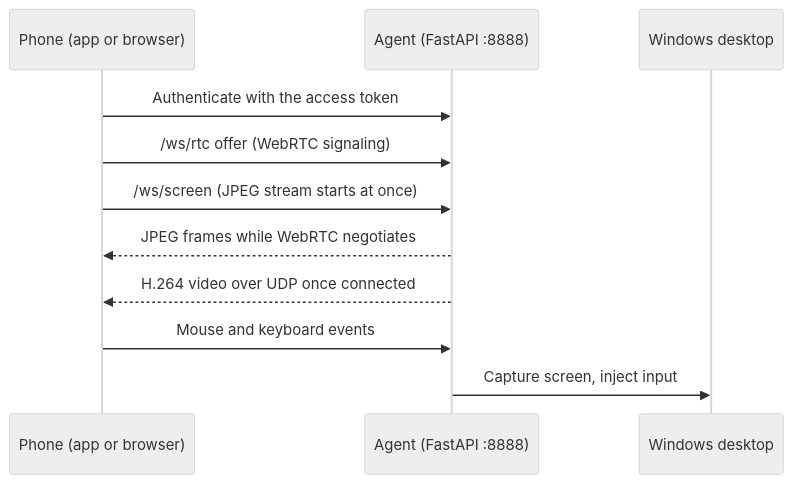
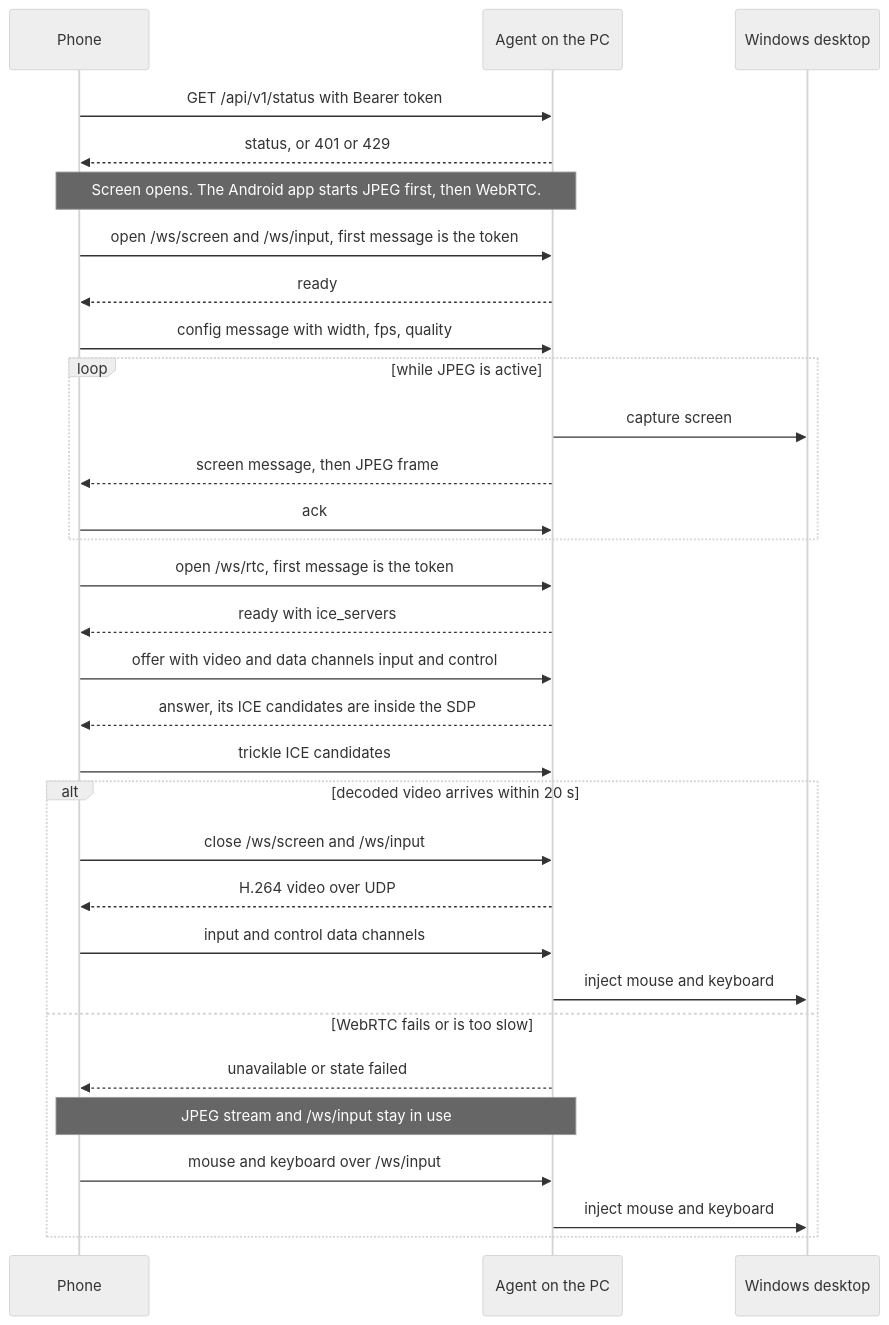
Before and after one commit to mainnetwallet/remote-pc-control: the third of 7 diagrams in docs/ARCHITECTURE.md, drawn with Mermaid (neutral theme). The commit also changed other lines of this file, not shown here.

Commit message:
docs: rewrite ARCHITECTURE.md from the full code, add repo diagrams

````diff
--- a/docs/ARCHITECTURE.md
+++ b/docs/ARCHITECTURE.md
@@ -48,13 +137,34 @@
 ```mermaid
 sequenceDiagram
-    participant C as Phone (app or browser)
-    participant S as Agent (FastAPI :8888)
+    participant P as Phone
+    participant A as Agent on the PC
     participant D as Windows desktop
-    C->>S: Authenticate with the access token
-    C->>S: /ws/rtc offer (WebRTC signaling)
-    C->>S: /ws/screen (JPEG stream starts at once)
-    S-->>C: JPEG frames while WebRTC negotiates
-    S-->>C: H.264 video over UDP once connected
-    C->>S: Mouse and keyboard events
-    S->>D: Capture screen, inject input
+
+    P->>A: GET /api/v1/status with Bearer token
+    A-->>P: status, or 401 or 429
+    Note over P,A: Screen opens. The Android app starts JPEG first, then WebRTC.
+    P->>A: open /ws/screen and /ws/input, first message is the token
+    A-->>P: ready
+    P->>A: config message with width, fps, quality
+    loop while JPEG is active
+        A->>D: capture screen
+        A-->>P: screen message, then JPEG frame
+        P->>A: ack
+    end
+    P->>A: open /ws/rtc, first message is the token
+    A-->>P: ready with ice_servers
+    P->>A: offer with video and data channels input and control
+    A-->>P: answer, its ICE candidates are inside the SDP
+    P->>A: trickle ICE candidates
+    alt decoded video arrives within 20 s
+        P->>A: close /ws/screen and /ws/input
+        A-->>P: H.264 video over UDP
+        P->>A: input and control data channels
+        A->>D: inject mouse and keyboard
+    else WebRTC fails or is too slow
+        A-->>P: unavailable or state failed
+        Note over P,A: JPEG stream and /ws/input stay in use
+        P->>A: mouse and keyboard over /ws/input
+        A->>D: inject mouse and keyboard
+    end
 ```
````
